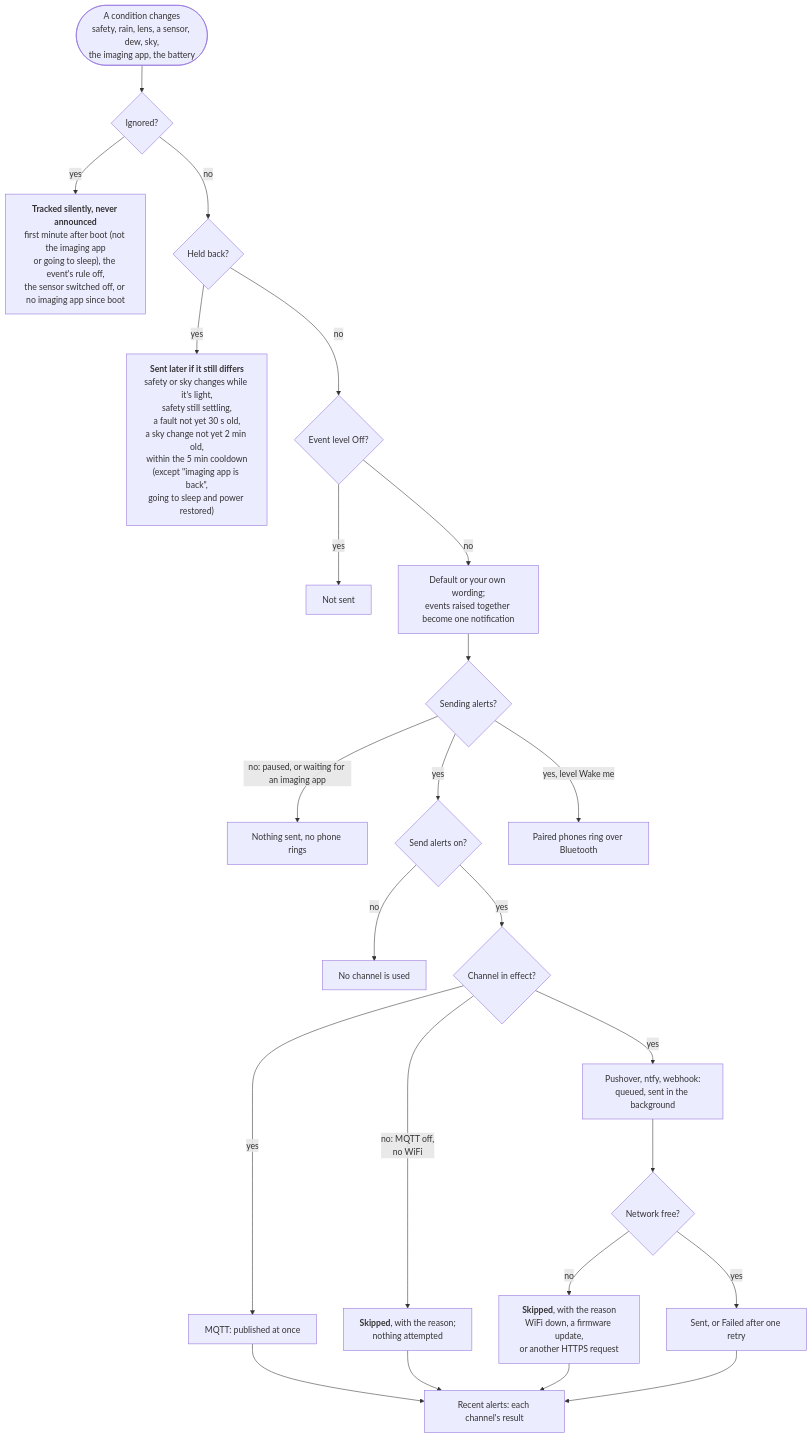
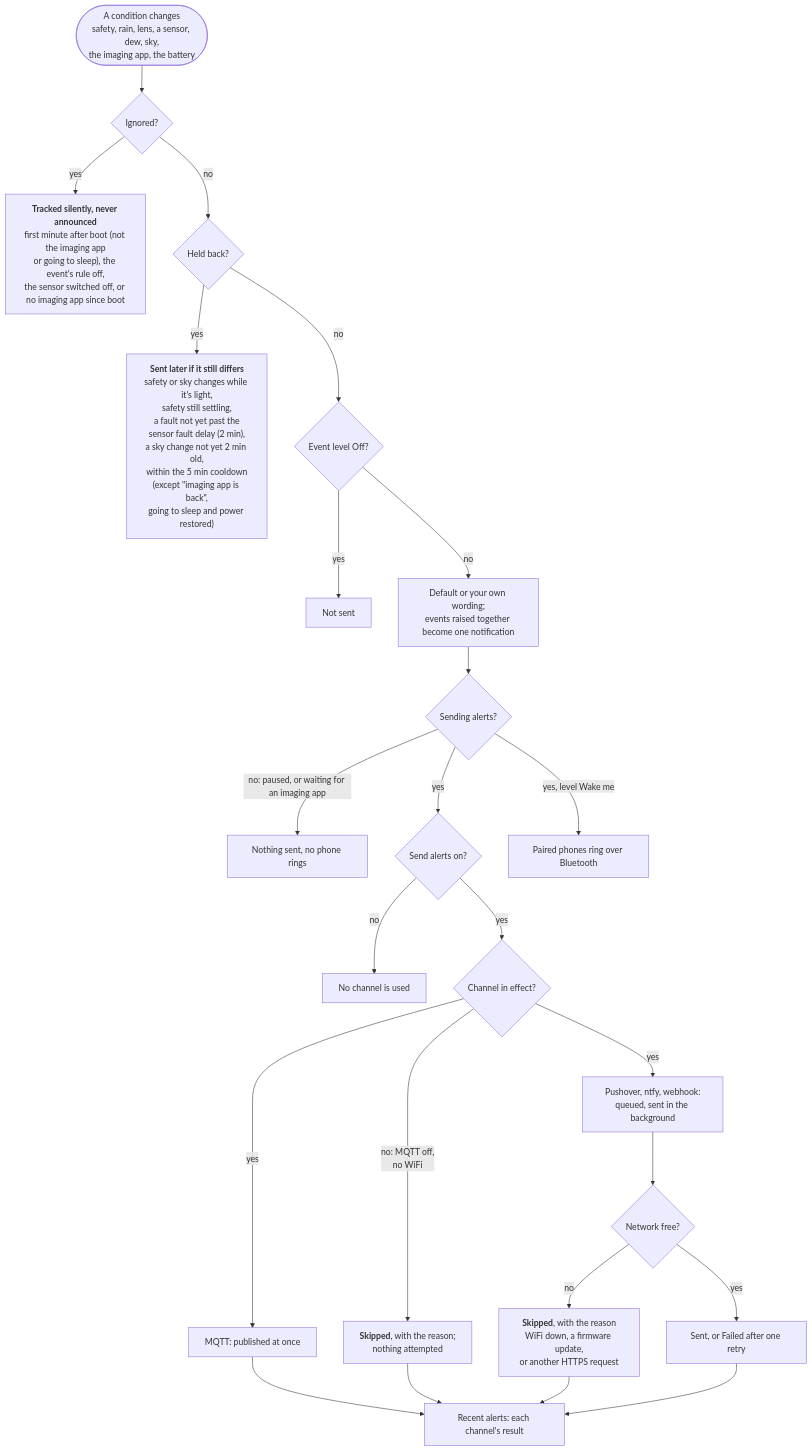
One commit to DeanJ87/SQMeter changed the diagram in docs/user-guide/alerts.md. Above: the diagram before and after it, drawn with Mermaid. The commit also changed other lines of this file and 48 other files, not shown here.

First line of the commit message:
Make the sensor fault alert delay a setting and group mass faults (#185)

````diff
--- a/docs/user-guide/alerts.md
+++ b/docs/user-guide/alerts.md
@@ -18,28 +18,28 @@
 ```mermaid
 flowchart TB
     accTitle: Why an alert does or doesn't arrive
     accDescr: Each second the device compares every condition with what you were last told. A change can be tracked silently, held back for now, or dropped by its level; otherwise it is worded and, if alerts are on, sent to every enabled channel unless alerts are paused, with each channel's result recorded.
     CHANGE(["A condition changes<br/>safety, rain, lens, a sensor, dew, sky,<br/>the imaging app, the battery"]) --> SILENT{"Ignored?"}
     SILENT -->|yes| TRACKED["<b>Tracked silently, never announced</b><br/>first minute after boot (not the imaging app<br/>or going to sleep), the event's rule off,<br/>the sensor switched off, or no imaging app since boot"]
     SILENT -->|no| HELD{"Held back?"}
-    HELD -->|yes| LATER["<b>Sent later if it still differs</b><br/>safety or sky changes while it's light,<br/>safety still settling,<br/>a fault not yet 30 s old,<br/>a sky change not yet 2 min old,<br/>within the 5 min cooldown<br/>(except &quot;imaging app is back&quot;,<br/>going to sleep and power restored)"]
+    HELD -->|yes| LATER["<b>Sent later if it still differs</b><br/>safety or sky changes while it's light,<br/>safety still settling,<br/>a fault not yet past the<br/>sensor fault delay (2 min),<br/>a sky change not yet 2 min old,<br/>within the 5 min cooldown<br/>(except &quot;imaging app is back&quot;,<br/>going to sleep and power restored)"]
     HELD -->|no| LEVEL{"Event level Off?"}
     LEVEL -->|yes| DROPPED["Not sent"]
     LEVEL -->|no| WORDING["Default or your own wording;<br/>events raised together become one notification"]
     WORDING --> ON{"Sending alerts?"}
     ON -->|"no: paused, or waiting for an imaging app"| NOTHING["Nothing sent, no phone rings"]
     ON -->|yes| MASTER{"Send alerts on?"}
     ON -->|"yes, level Wake me"| BLE["Paired phones ring over Bluetooth"]
     MASTER -->|no| NOPUSH["No channel is used"]
     MASTER -->|yes| INEFFECT{"Channel in effect?"}
     INEFFECT -->|"no: MQTT off,<br/>no WiFi"| INACTIVE["<b>Skipped</b>, with the reason;<br/>nothing attempted"]
     INEFFECT -->|yes| MQTT["MQTT: published at once"]
     INEFFECT -->|yes| HTTP["Pushover, ntfy, webhook:<br/>queued, sent in the background"]
     HTTP --> CANSEND{"Network free?"}
     CANSEND -->|no| SKIPPED["<b>Skipped</b>, with the reason<br/>WiFi down, a firmware update,<br/>or another HTTPS request"]
     CANSEND -->|yes| SENT["Sent, or Failed after one retry"]
     MQTT --> RECENT["Recent alerts: each channel's result"]
     INACTIVE --> RECENT
     SKIPPED --> RECENT
     SENT --> RECENT
 ```
````
